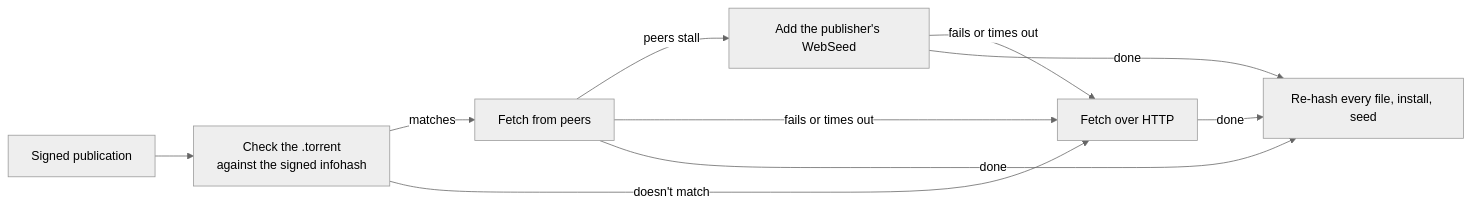
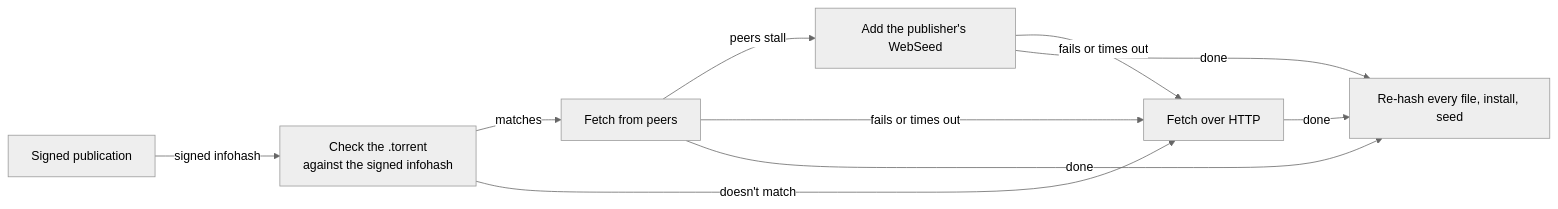
The second of 2 diagrams in content/learn/gateways/index-sharing.mdx (ar-io/docs), drawn with Mermaid (neutral theme) before and after one commit. The commit also changed other lines of this file and 25 other files, not shown here.

````diff
--- a/content/learn/gateways/index-sharing.mdx
+++ b/content/learn/gateways/index-sharing.mdx
@@ -71,16 +83,18 @@
 ```mermaid
 flowchart LR
-    A[Signed publication] --> T[Check the .torrent<br/>against the signed infohash]
+    accTitle: A band comes from peers first, the WebSeed if peers stall, and HTTP if the torrent fails
+    accDescr: The subscriber checks the band's torrent against the infohash in the signed publication. If it matches, it downloads from peers, adds the publisher's WebSeed when peers stall, and falls back to HTTP if the torrent fails or times out. A torrent that does not match goes straight to HTTP. However the band arrives, every file is re-hashed before it is installed and seeded.
+    A[Signed publication] -->|signed infohash| T[Check the .torrent<br/>against the signed infohash]
     T -- matches --> B[Fetch from peers]
     T -- doesn't match --> D
     B -- peers stall --> C[Add the publisher's WebSeed]
     B -- fails or times out --> D[Fetch over HTTP]
     C -- fails or times out --> D
     B -- done --> E[Re-hash every file, install, seed]
     C -- done --> E
     D -- done --> E
 
 
     class B,C,D dg-soft
     class T,E dg-strong
 ```
````
